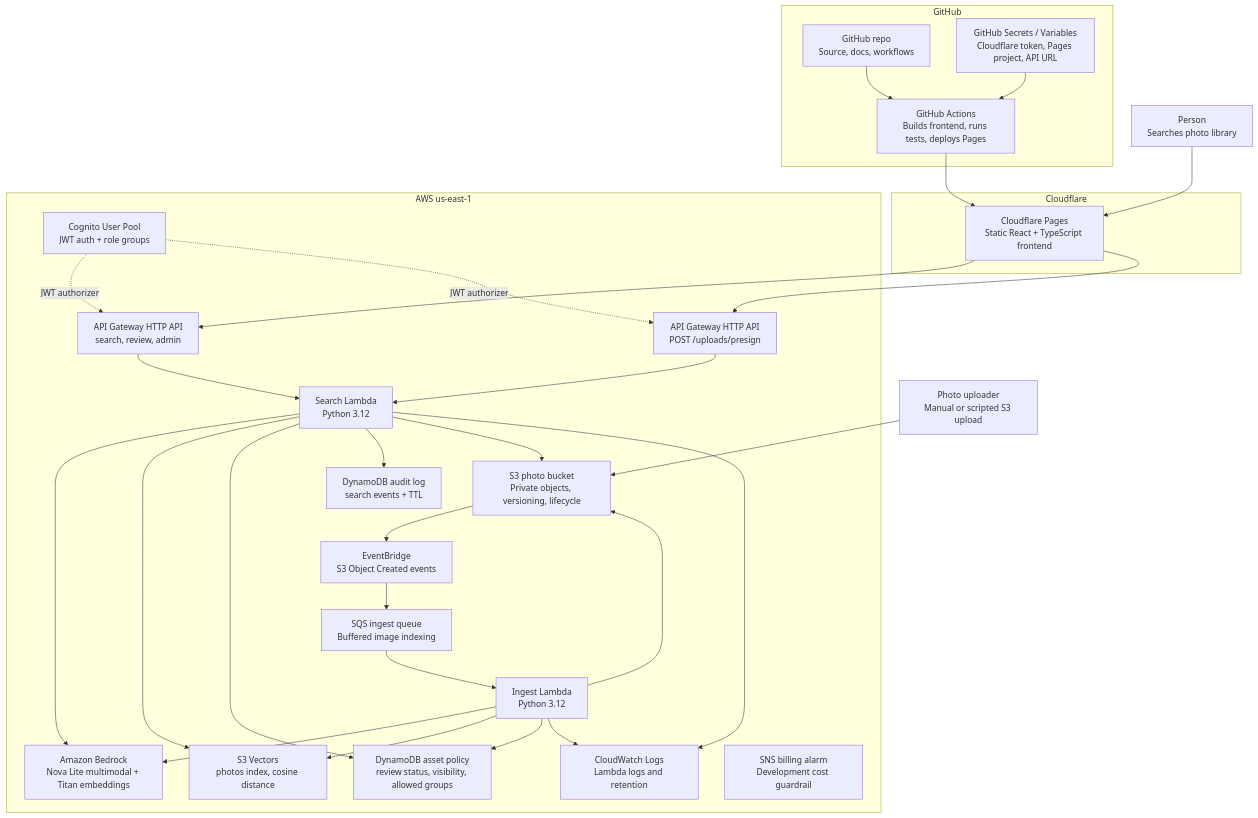
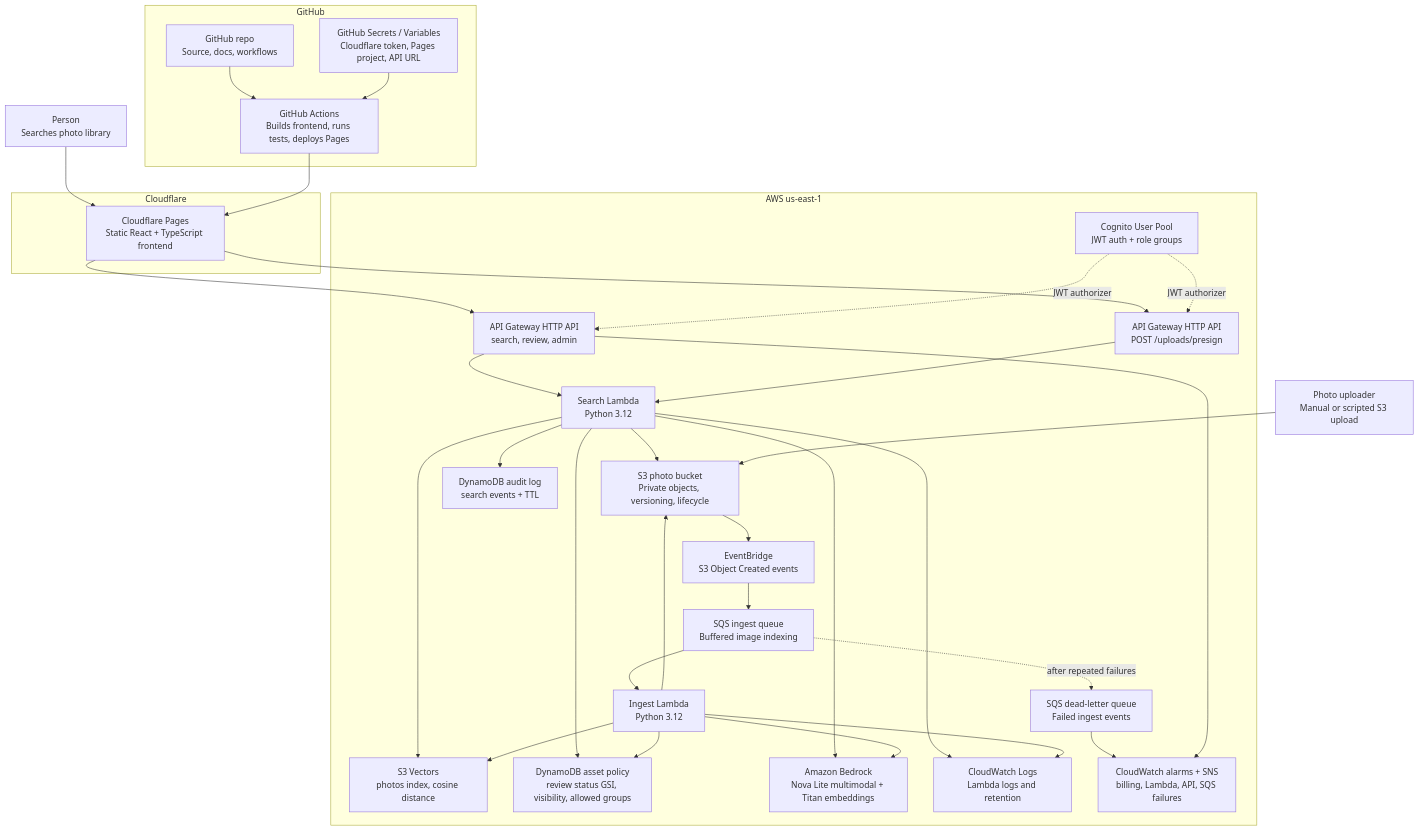
One commit to manynames3/photoscribe-ai changed the diagram in docs/architecture.md. Above: the diagram before and after it, drawn with Mermaid. The commit also changed other lines of this file and 38 other files, not shown here.

````diff
--- a/docs/architecture.md
+++ b/docs/architecture.md
@@ -7,60 +7,64 @@
 ```mermaid
 flowchart TB
     person["Person<br/>Searches photo library"]
     uploader["Photo uploader<br/>Manual or scripted S3 upload"]
 
     subgraph cloudflare["Cloudflare"]
         pages["Cloudflare Pages<br/>Static React + TypeScript frontend"]
     end
 
     subgraph github["GitHub"]
         repo["GitHub repo<br/>Source, docs, workflows"]
         actions["GitHub Actions<br/>Builds frontend, runs tests, deploys Pages"]
         secrets["GitHub Secrets / Variables<br/>Cloudflare token, Pages project, API URL"]
     end
 
     subgraph aws["AWS us-east-1"]
         cognito["Cognito User Pool<br/>JWT auth + role groups"]
         api["API Gateway HTTP API<br/>search, review, admin"]
         upload_api["API Gateway HTTP API<br/>POST /uploads/presign"]
         search["Search Lambda<br/>Python 3.12"]
         ingest["Ingest Lambda<br/>Python 3.12"]
         photos["S3 photo bucket<br/>Private objects, versioning, lifecycle"]
         events["EventBridge<br/>S3 Object Created events"]
         ingest_queue["SQS ingest queue<br/>Buffered image indexing"]
+        ingest_dlq["SQS dead-letter queue<br/>Failed ingest events"]
         vectors["S3 Vectors<br/>photos index, cosine distance"]
-        policy["DynamoDB asset policy<br/>review status, visibility, allowed groups"]
+        policy["DynamoDB asset policy<br/>review status GSI, visibility, allowed groups"]
         audit["DynamoDB audit log<br/>search events + TTL"]
         bedrock["Amazon Bedrock<br/>Nova Lite multimodal + Titan embeddings"]
         logs["CloudWatch Logs<br/>Lambda logs and retention"]
-        alarm["SNS billing alarm<br/>Development cost guardrail"]
+        alarm["CloudWatch alarms + SNS<br/>billing, Lambda, API, SQS failures"]
     end
 
     person --> pages
     pages --> api
     pages --> upload_api
     cognito -. "JWT authorizer" .-> api
     cognito -. "JWT authorizer" .-> upload_api
     api --> search
     upload_api --> search
     search --> bedrock
     search --> vectors
     search --> policy
     search --> audit
     search --> photos
     search --> logs
 
     uploader --> photos
     photos --> events
     events --> ingest_queue
+    ingest_queue -. "after repeated failures" .-> ingest_dlq
     ingest_queue --> ingest
     ingest --> photos
     ingest --> bedrock
     ingest --> vectors
     ingest --> policy
     ingest --> logs
+    ingest_dlq --> alarm
+    api --> alarm
 
     repo --> actions
     secrets --> actions
     actions --> pages
 ```
````
